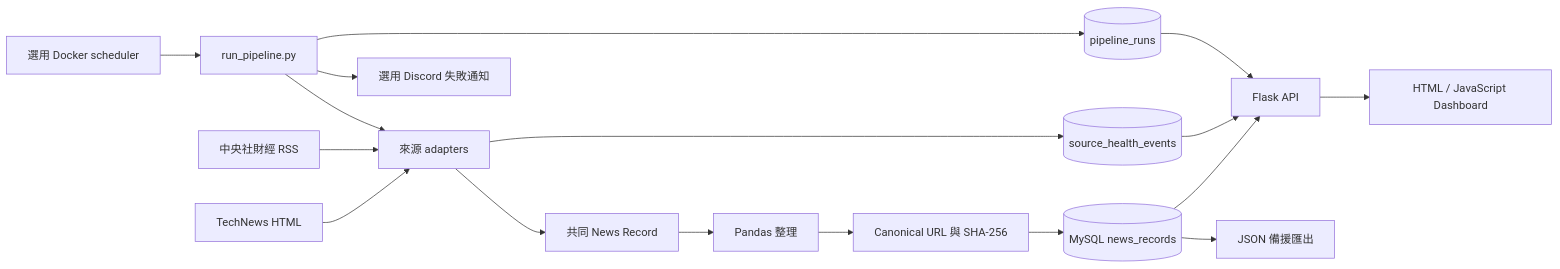
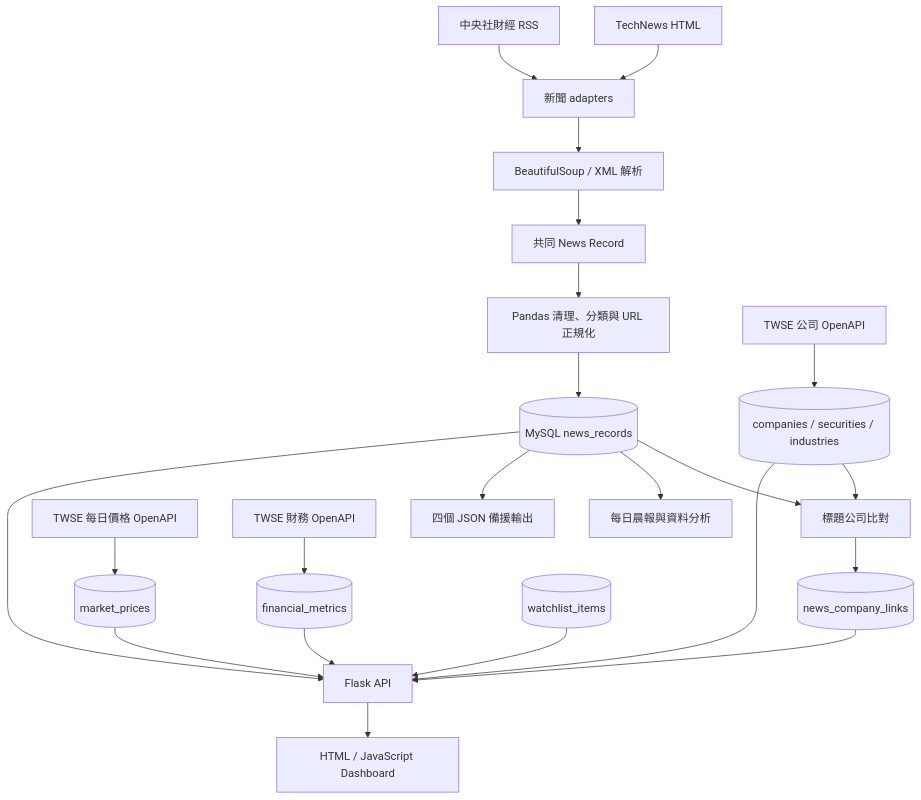
The diagram in docs/USER_GUIDE.md (OllieHu12304/Morning-Alpha), drawn with Mermaid before and after one commit. The commit also changed other lines of this file and 21 other files, not shown here.

````diff
--- a/docs/USER_GUIDE.md
+++ b/docs/USER_GUIDE.md
@@ -57,19 +46,27 @@
 ```mermaid
-flowchart LR
-    A["TechNews HTML"] --> C["來源 adapters"]
+flowchart TD
+    A["TechNews HTML"] --> C["新聞 adapters"]
     B["中央社財經 RSS"] --> C
-    C --> D["共同 News Record"]
-    C --> H[("source_health_events")]
-    D --> E["Pandas 整理"]
-    E --> F["Canonical URL 與 SHA-256"]
+    C --> D["BeautifulSoup / XML 解析"]
+    D --> E["共同 News Record"]
+    E --> F["Pandas 清理、分類與 URL 正規化"]
     F --> G[("MySQL news_records")]
-    G --> I["Flask API"]
-    H --> I
-    J[("pipeline_runs")] --> I
-    I --> K["HTML / JavaScript Dashboard"]
-    G --> L["JSON 備援匯出"]
-    M["選用 Docker scheduler"] --> N["run_pipeline.py"]
-    N --> C
-    N --> J
-    N --> O["選用 Discord 失敗通知"]
+
+    H["TWSE 公司 OpenAPI"] --> I[("companies / securities / industries")]
+    G --> J["標題公司比對"]
+    I --> J
+    J --> K[("news_company_links")]
+
+    L["TWSE 每日價格 OpenAPI"] --> M[("market_prices")]
+    N["TWSE 財務 OpenAPI"] --> O[("financial_metrics")]
+
+    G --> P["每日晨報與資料分析"]
+    G --> Q["四個 JSON 備援輸出"]
+    G --> R["Flask API"]
+    I --> R
+    K --> R
+    M --> R
+    O --> R
+    S[("watchlist_items")] --> R
+    R --> T["HTML / JavaScript Dashboard"]
 ```
````
